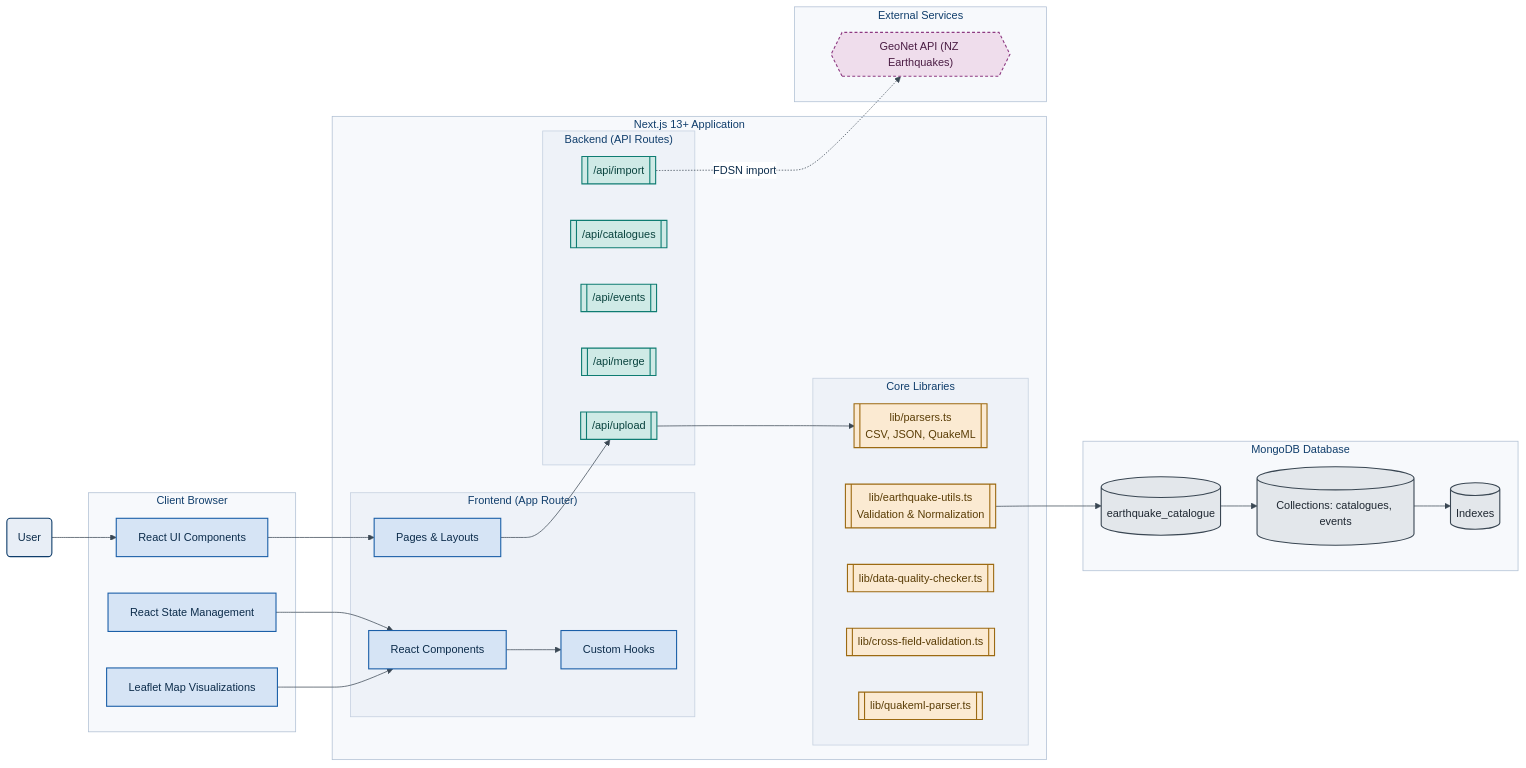
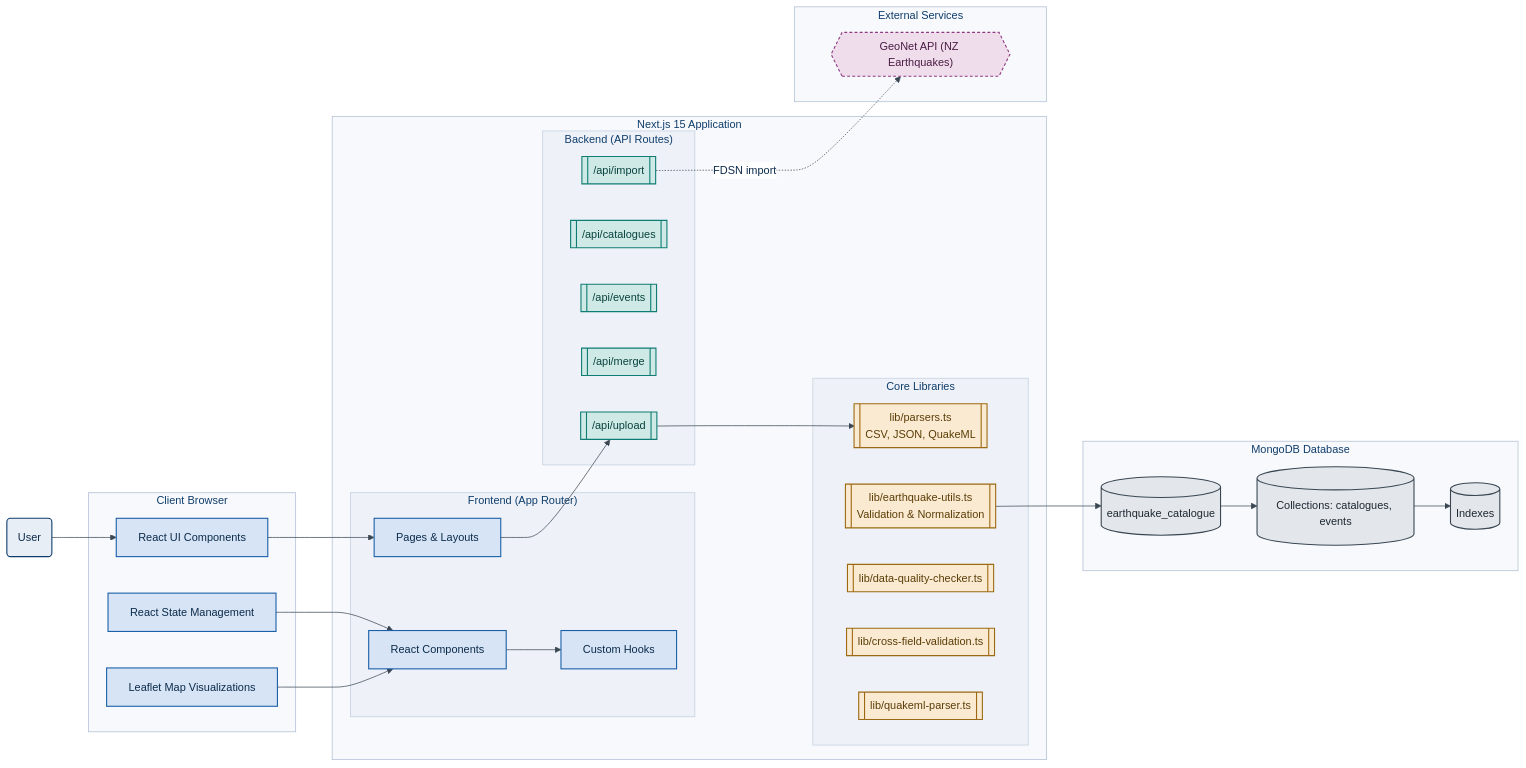
Before and after one commit to KennyGraham1/catalogofcatalogs: the diagram in docs/source/appendix/system_architecture_overview.rst, drawn with Mermaid. The commit also changed 396 other files, not shown here.

```diff
--- a/docs/source/appendix/system_architecture_overview.rst
+++ b/docs/source/appendix/system_architecture_overview.rst
@@ -11,7 +11,7 @@
            Maps["Leaflet Map Visualizations"]
        end
 
-       subgraph NextJS["Next.js 13+ Application"]
+       subgraph NextJS["Next.js 15 Application"]
            subgraph FrontendGroup["Frontend (App Router)"]
                Pages["Pages &amp; Layouts"]
                Components["React Components"]
```
